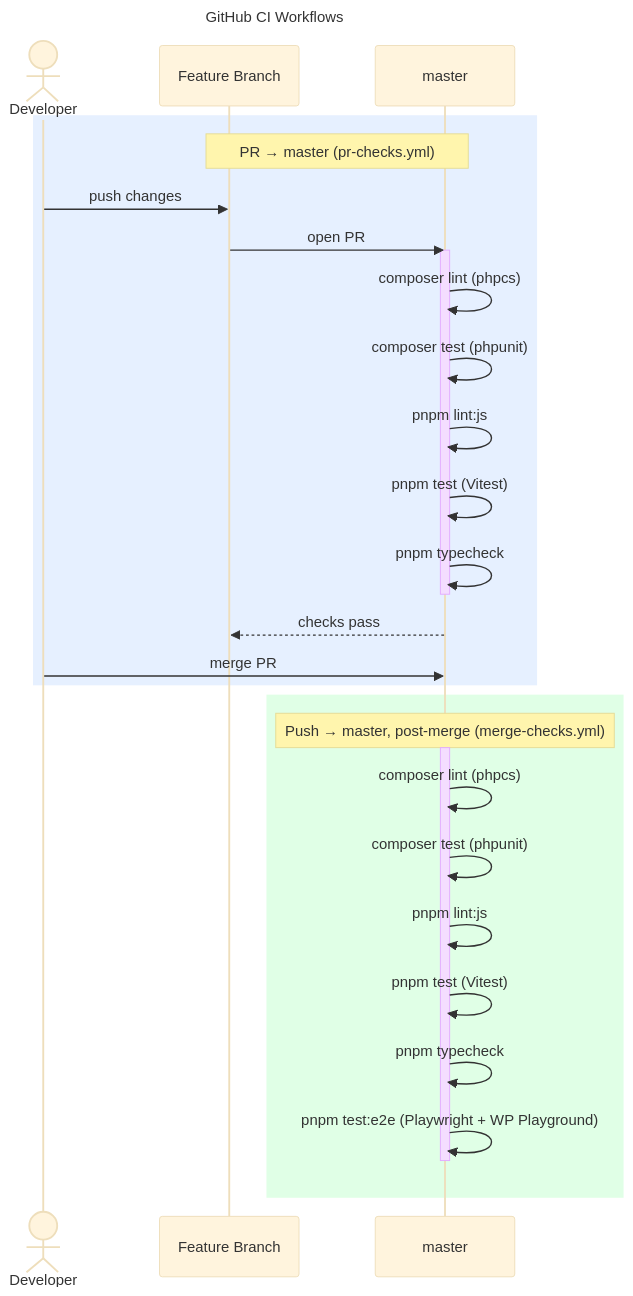
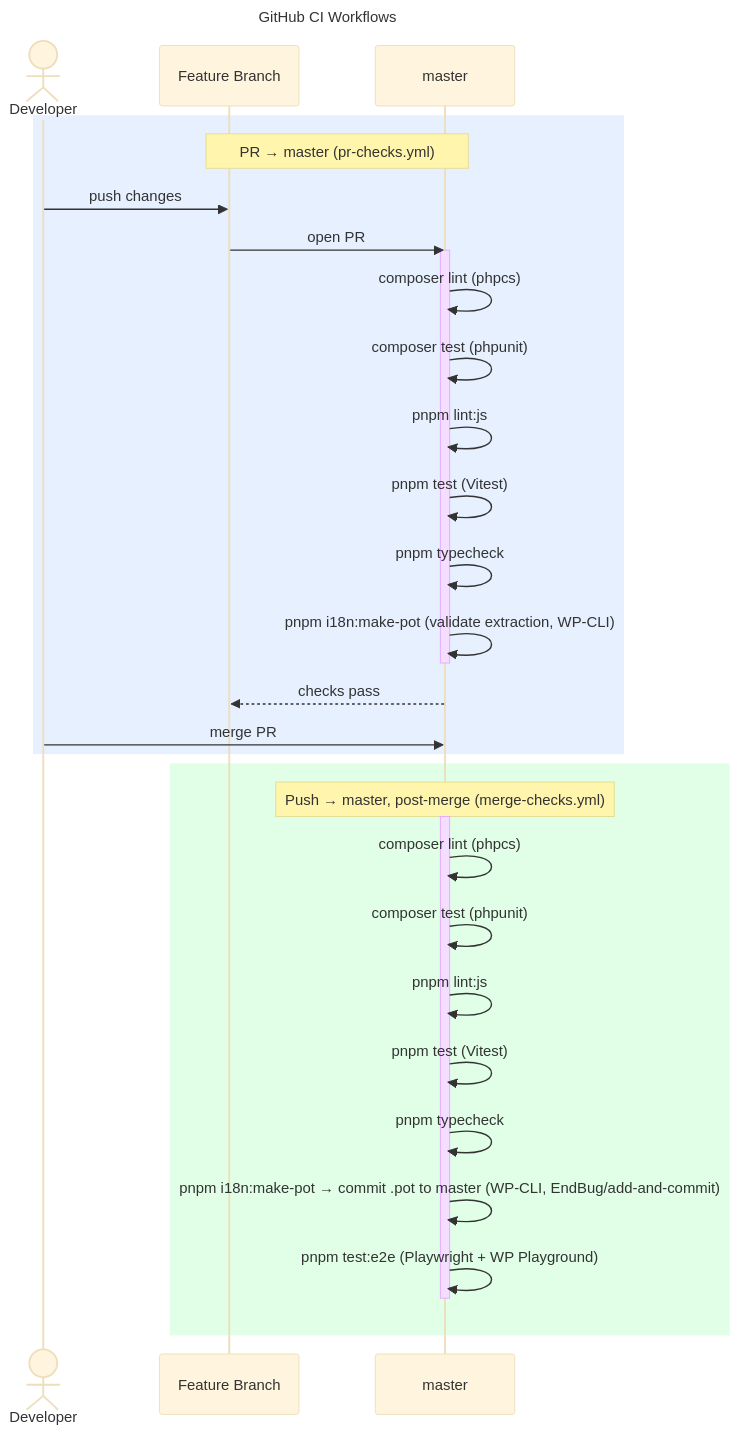
Before and after one commit to erdembircan/battery-surf-bench: the diagram in docs/contracts/ci-workflow.mmd, drawn with Mermaid (base theme). The commit also changed 20 other files, not shown here.

```diff
--- a/docs/contracts/ci-workflow.mmd
+++ b/docs/contracts/ci-workflow.mmd
@@ -1,34 +1,36 @@
 ---
 title: GitHub CI Workflows
 ---
 sequenceDiagram
     actor Dev as Developer
     participant FB as Feature Branch
     participant M as master
 
     rect rgb(230, 240, 255)
         Note over FB,M: PR → master (pr-checks.yml)
         Dev->>FB: push changes
         FB->>M: open PR
         activate M
         M->>M: composer lint (phpcs)
         M->>M: composer test (phpunit)
         M->>M: pnpm lint:js
         M->>M: pnpm test (Vitest)
         M->>M: pnpm typecheck
+        M->>M: pnpm i18n:make-pot (validate extraction, WP-CLI)
         deactivate M
         M-->>FB: checks pass
         Dev->>M: merge PR
     end
 
     rect rgb(224, 255, 230)
         Note over M: Push → master, post-merge (merge-checks.yml)
         activate M
         M->>M: composer lint (phpcs)
         M->>M: composer test (phpunit)
         M->>M: pnpm lint:js
         M->>M: pnpm test (Vitest)
         M->>M: pnpm typecheck
+        M->>M: pnpm i18n:make-pot → commit .pot to master (WP-CLI, EndBug/add-and-commit)
         M->>M: pnpm test:e2e (Playwright + WP Playground)
         deactivate M
     end
```
